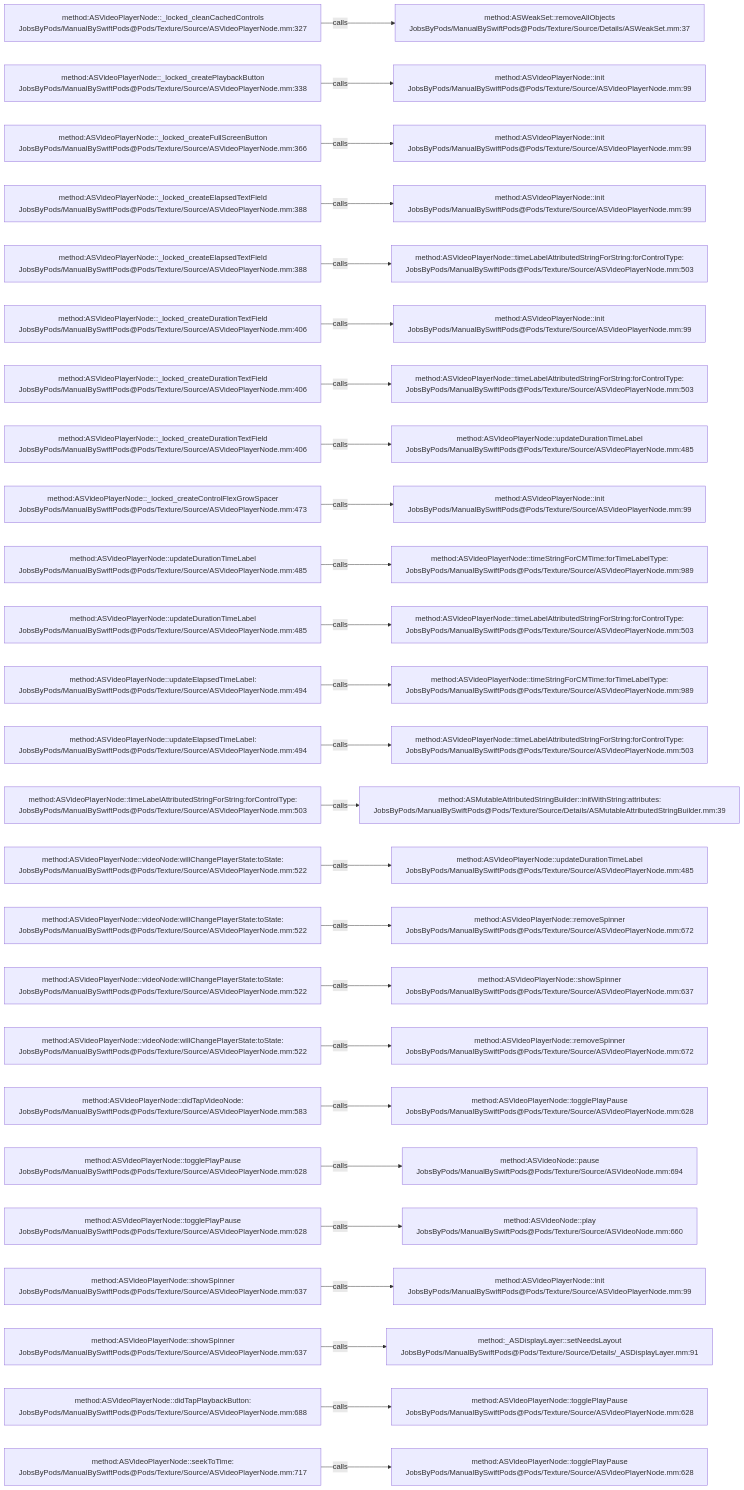
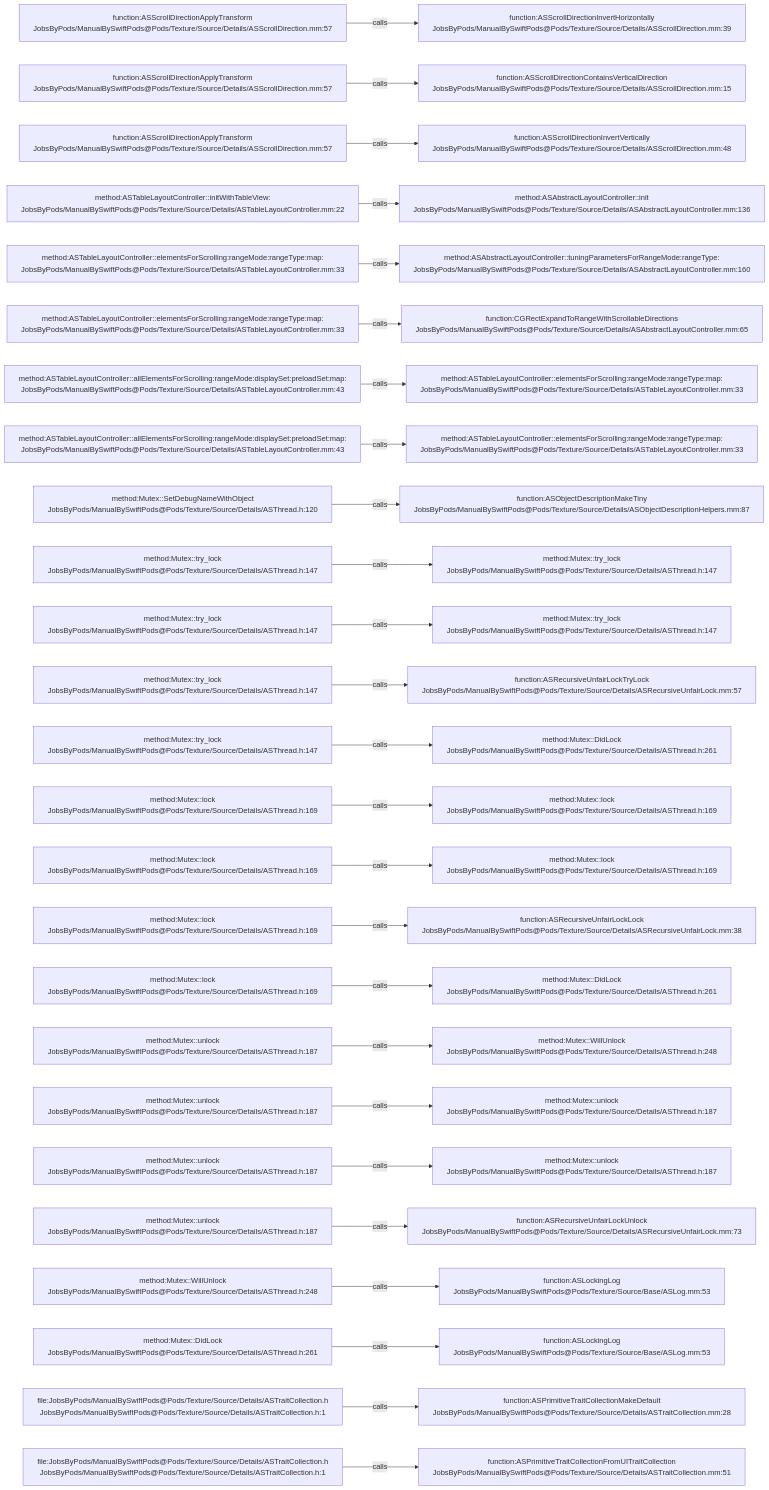
The diagram in .codegraph/codegraph.md/graphs/calls-096.md (JobsKits/JobsSwiftBaseConfigDemo), drawn with Mermaid before and after one commit. The commit also changed 832 other files, not shown here.

````diff
--- a/.codegraph/codegraph.md/graphs/calls-096.md
+++ b/.codegraph/codegraph.md/graphs/calls-096.md
@@ -13,78 +13,78 @@
 ```mermaid
 flowchart LR
-  S1["method:ASVideoPlayerNode::_locked_cleanCachedControls<br/>JobsByPods/ManualBySwiftPods@Pods/Texture/Source/ASVideoPlayerNode.mm:327"]
-  T1["method:ASWeakSet::removeAllObjects<br/>JobsByPods/ManualBySwiftPods@Pods/Texture/Source/Details/ASWeakSet.mm:37"]
+  S1["function:ASScrollDirectionApplyTransform<br/>JobsByPods/ManualBySwiftPods@Pods/Texture/Source/Details/ASScrollDirection.mm:57"]
+  T1["function:ASScrollDirectionInvertHorizontally<br/>JobsByPods/ManualBySwiftPods@Pods/Texture/Source/Details/ASScrollDirection.mm:39"]
   S1 -->|calls| T1
-  S2["method:ASVideoPlayerNode::_locked_createPlaybackButton<br/>JobsByPods/ManualBySwiftPods@Pods/Texture/Source/ASVideoPlayerNode.mm:338"]
-  T2["method:ASVideoPlayerNode::init<br/>JobsByPods/ManualBySwiftPods@Pods/Texture/Source/ASVideoPlayerNode.mm:99"]
+  S2["function:ASScrollDirectionApplyTransform<br/>JobsByPods/ManualBySwiftPods@Pods/Texture/Source/Details/ASScrollDirection.mm:57"]
+  T2["function:ASScrollDirectionContainsVerticalDirection<br/>JobsByPods/ManualBySwiftPods@Pods/Texture/Source/Details/ASScrollDirection.mm:15"]
   S2 -->|calls| T2
-  S3["method:ASVideoPlayerNode::_locked_createFullScreenButton<br/>JobsByPods/ManualBySwiftPods@Pods/Texture/Source/ASVideoPlayerNode.mm:366"]
-  T3["method:ASVideoPlayerNode::init<br/>JobsByPods/ManualBySwiftPods@Pods/Texture/Source/ASVideoPlayerNode.mm:99"]
+  S3["function:ASScrollDirectionApplyTransform<br/>JobsByPods/ManualBySwiftPods@Pods/Texture/Source/Details/ASScrollDirection.mm:57"]
+  T3["function:ASScrollDirectionInvertVertically<br/>JobsByPods/ManualBySwiftPods@Pods/Texture/Source/Details/ASScrollDirection.mm:48"]
   S3 -->|calls| T3
-  S4["method:ASVideoPlayerNode::_locked_createElapsedTextField<br/>JobsByPods/ManualBySwiftPods@Pods/Texture/Source/ASVideoPlayerNode.mm:388"]
-  T4["method:ASVideoPlayerNode::init<br/>JobsByPods/ManualBySwiftPods@Pods/Texture/Source/ASVideoPlayerNode.mm:99"]
+  S4["method:ASTableLayoutController::initWithTableView:<br/>JobsByPods/ManualBySwiftPods@Pods/Texture/Source/Details/ASTableLayoutController.mm:22"]
+  T4["method:ASAbstractLayoutController::init<br/>JobsByPods/ManualBySwiftPods@Pods/Texture/Source/Details/ASAbstractLayoutController.mm:136"]
   S4 -->|calls| T4
-  S5["method:ASVideoPlayerNode::_locked_createElapsedTextField<br/>JobsByPods/ManualBySwiftPods@Pods/Texture/Source/ASVideoPlayerNode.mm:388"]
-  T5["method:ASVideoPlayerNode::timeLabelAttributedStringForString:forControlType:<br/>JobsByPods/ManualBySwiftPods@Pods/Texture/Source/ASVideoPlayerNode.mm:503"]
+  S5["method:ASTableLayoutController::elementsForScrolling:rangeMode:rangeType:map:<br/>JobsByPods/ManualBySwiftPods@Pods/Texture/Source/Details/ASTableLayoutController.mm:33"]
+  T5["method:ASAbstractLayoutController::tuningParametersForRangeMode:rangeType:<br/>JobsByPods/ManualBySwiftPods@Pods/Texture/Source/Details/ASAbstractLayoutController.mm:160"]
   S5 -->|calls| T5
-  S6["method:ASVideoPlayerNode::_locked_createDurationTextField<br/>JobsByPods/ManualBySwiftPods@Pods/Texture/Source/ASVideoPlayerNode.mm:406"]
-  T6["method:ASVideoPlayerNode::init<br/>JobsByPods/ManualBySwiftPods@Pods/Texture/Source/ASVideoPlayerNode.mm:99"]
+  S6["method:ASTableLayoutController::elementsForScrolling:rangeMode:rangeType:map:<br/>JobsByPods/ManualBySwiftPods@Pods/Texture/Source/Details/ASTableLayoutController.mm:33"]
+  T6["function:CGRectExpandToRangeWithScrollableDirections<br/>JobsByPods/ManualBySwiftPods@Pods/Texture/Source/Details/ASAbstractLayoutController.mm:65"]
   S6 -->|calls| T6
-  S7["method:ASVideoPlayerNode::_locked_createDurationTextField<br/>JobsByPods/ManualBySwiftPods@Pods/Texture/Source/ASVideoPlayerNode.mm:406"]
-  T7["method:ASVideoPlayerNode::timeLabelAttributedStringForString:forControlType:<br/>JobsByPods/ManualBySwiftPods@Pods/Texture/Source/ASVideoPlayerNode.mm:503"]
+  S7["method:ASTableLayoutController::allElementsForScrolling:rangeMode:displaySet:preloadSet:map:<br/>JobsByPods/ManualBySwiftPods@Pods/Texture/Source/Details/ASTableLayoutController.mm:43"]
+  T7["method:ASTableLayoutController::elementsForScrolling:rangeMode:rangeType:map:<br/>JobsByPods/ManualBySwiftPods@Pods/Texture/Source/Details/ASTableLayoutController.mm:33"]
   S7 -->|calls| T7
-  S8["method:ASVideoPlayerNode::_locked_createDurationTextField<br/>JobsByPods/ManualBySwiftPods@Pods/Texture/Source/ASVideoPlayerNode.mm:406"]
-  T8["method:ASVideoPlayerNode::updateDurationTimeLabel<br/>JobsByPods/ManualBySwiftPods@Pods/Texture/Source/ASVideoPlayerNode.mm:485"]
+  S8["method:ASTableLayoutController::allElementsForScrolling:rangeMode:displaySet:preloadSet:map:<br/>JobsByPods/ManualBySwiftPods@Pods/Texture/Source/Details/ASTableLayoutController.mm:43"]
+  T8["method:ASTableLayoutController::elementsForScrolling:rangeMode:rangeType:map:<br/>JobsByPods/ManualBySwiftPods@Pods/Texture/Source/Details/ASTableLayoutController.mm:33"]
   S8 -->|calls| T8
-  S9["method:ASVideoPlayerNode::_locked_createControlFlexGrowSpacer<br/>JobsByPods/ManualBySwiftPods@Pods/Texture/Source/ASVideoPlayerNode.mm:473"]
-  T9["method:ASVideoPlayerNode::init<br/>JobsByPods/ManualBySwiftPods@Pods/Texture/Source/ASVideoPlayerNode.mm:99"]
+  S9["method:Mutex::SetDebugNameWithObject<br/>JobsByPods/ManualBySwiftPods@Pods/Texture/Source/Details/ASThread.h:120"]
+  T9["function:ASObjectDescriptionMakeTiny<br/>JobsByPods/ManualBySwiftPods@Pods/Texture/Source/Details/ASObjectDescriptionHelpers.mm:87"]
   S9 -->|calls| T9
-  S10["method:ASVideoPlayerNode::updateDurationTimeLabel<br/>JobsByPods/ManualBySwiftPods@Pods/Texture/Source/ASVideoPlayerNode.mm:485"]
-  T10["method:ASVideoPlayerNode::timeStringForCMTime:forTimeLabelType:<br/>JobsByPods/ManualBySwiftPods@Pods/Texture/Source/ASVideoPlayerNode.mm:989"]
+  S10["method:Mutex::try_lock<br/>JobsByPods/ManualBySwiftPods@Pods/Texture/Source/Details/ASThread.h:147"]
+  T10["method:Mutex::try_lock<br/>JobsByPods/ManualBySwiftPods@Pods/Texture/Source/Details/ASThread.h:147"]
   S10 -->|calls| T10
-  S11["method:ASVideoPlayerNode::updateDurationTimeLabel<br/>JobsByPods/ManualBySwiftPods@Pods/Texture/Source/ASVideoPlayerNode.mm:485"]
-  T11["method:ASVideoPlayerNode::timeLabelAttributedStringForString:forControlType:<br/>JobsByPods/ManualBySwiftPods@Pods/Texture/Source/ASVideoPlayerNode.mm:503"]
+  S11["method:Mutex::try_lock<br/>JobsByPods/ManualBySwiftPods@Pods/Texture/Source/Details/ASThread.h:147"]
+  T11["method:Mutex::try_lock<br/>JobsByPods/ManualBySwiftPods@Pods/Texture/Source/Details/ASThread.h:147"]
   S11 -->|calls| T11
-  S12["method:ASVideoPlayerNode::updateElapsedTimeLabel:<br/>JobsByPods/ManualBySwiftPods@Pods/Texture/Source/ASVideoPlayerNode.mm:494"]
-  T12["method:ASVideoPlayerNode::timeStringForCMTime:forTimeLabelType:<br/>JobsByPods/ManualBySwiftPods@Pods/Texture/Source/ASVideoPlayerNode.mm:989"]
+  S12["method:Mutex::try_lock<br/>JobsByPods/ManualBySwiftPods@Pods/Texture/Source/Details/ASThread.h:147"]
+  T12["function:ASRecursiveUnfairLockTryLock<br/>JobsByPods/ManualBySwiftPods@Pods/Texture/Source/Details/ASRecursiveUnfairLock.mm:57"]
   S12 -->|calls| T12
-  S13["method:ASVideoPlayerNode::updateElapsedTimeLabel:<br/>JobsByPods/ManualBySwiftPods@Pods/Texture/Source/ASVideoPlayerNode.mm:494"]
-  T13["method:ASVideoPlayerNode::timeLabelAttributedStringForString:forControlType:<br/>JobsByPods/ManualBySwiftPods@Pods/Texture/Source/ASVideoPlayerNode.mm:503"]
+  S13["method:Mutex::try_lock<br/>JobsByPods/ManualBySwiftPods@Pods/Texture/Source/Details/ASThread.h:147"]
+  T13["method:Mutex::DidLock<br/>JobsByPods/ManualBySwiftPods@Pods/Texture/Source/Details/ASThread.h:261"]
   S13 -->|calls| T13
-  S14["method:ASVideoPlayerNode::timeLabelAttributedStringForString:forControlType:<br/>JobsByPods/ManualBySwiftPods@Pods/Texture/Source/ASVideoPlayerNode.mm:503"]
-  T14["method:ASMutableAttributedStringBuilder::initWithString:attributes:<br/>JobsByPods/ManualBySwiftPods@Pods/Texture/Source/Details/ASMutableAttributedStringBuilder.mm:39"]
+  S14["method:Mutex::lock<br/>JobsByPods/ManualBySwiftPods@Pods/Texture/Source/Details/ASThread.h:169"]
+  T14["method:Mutex::lock<br/>JobsByPods/ManualBySwiftPods@Pods/Texture/Source/Details/ASThread.h:169"]
   S14 -->|calls| T14
-  S15["method:ASVideoPlayerNode::videoNode:willChangePlayerState:toState:<br/>JobsByPods/ManualBySwiftPods@Pods/Texture/Source/ASVideoPlayerNode.mm:522"]
-  T15["method:ASVideoPlayerNode::updateDurationTimeLabel<br/>JobsByPods/ManualBySwiftPods@Pods/Texture/Source/ASVideoPlayerNode.mm:485"]
+  S15["method:Mutex::lock<br/>JobsByPods/ManualBySwiftPods@Pods/Texture/Source/Details/ASThread.h:169"]
+  T15["method:Mutex::lock<br/>JobsByPods/ManualBySwiftPods@Pods/Texture/Source/Details/ASThread.h:169"]
   S15 -->|calls| T15
-  S16["method:ASVideoPlayerNode::videoNode:willChangePlayerState:toState:<br/>JobsByPods/ManualBySwiftPods@Pods/Texture/Source/ASVideoPlayerNode.mm:522"]
-  T16["method:ASVideoPlayerNode::removeSpinner<br/>JobsByPods/ManualBySwiftPods@Pods/Texture/Source/ASVideoPlayerNode.mm:672"]
+  S16["method:Mutex::lock<br/>JobsByPods/ManualBySwiftPods@Pods/Texture/Source/Details/ASThread.h:169"]
+  T16["function:ASRecursiveUnfairLockLock<br/>JobsByPods/ManualBySwiftPods@Pods/Texture/Source/Details/ASRecursiveUnfairLock.mm:38"]
   S16 -->|calls| T16
-  S17["method:ASVideoPlayerNode::videoNode:willChangePlayerState:toState:<br/>JobsByPods/ManualBySwiftPods@Pods/Texture/Source/ASVideoPlayerNode.mm:522"]
-  T17["method:ASVideoPlayerNode::showSpinner<br/>JobsByPods/ManualBySwiftPods@Pods/Texture/Source/ASVideoPlayerNode.mm:637"]
+  S17["method:Mutex::lock<br/>JobsByPods/ManualBySwiftPods@Pods/Texture/Source/Details/ASThread.h:169"]
+  T17["method:Mutex::DidLock<br/>JobsByPods/ManualBySwiftPods@Pods/Texture/Source/Details/ASThread.h:261"]
   S17 -->|calls| T17
-  S18["method:ASVideoPlayerNode::videoNode:willChangePlayerState:toState:<br/>JobsByPods/ManualBySwiftPods@Pods/Texture/Source/ASVideoPlayerNode.mm:522"]
-  T18["method:ASVideoPlayerNode::removeSpinner<br/>JobsByPods/ManualBySwiftPods@Pods/Texture/Source/ASVideoPlayerNode.mm:672"]
+  S18["method:Mutex::unlock<br/>JobsByPods/ManualBySwiftPods@Pods/Texture/Source/Details/ASThread.h:187"]
+  T18["method:Mutex::WillUnlock<br/>JobsByPods/ManualBySwiftPods@Pods/Texture/Source/Details/ASThread.h:248"]
   S18 -->|calls| T18
-  S19["method:ASVideoPlayerNode::didTapVideoNode:<br/>JobsByPods/ManualBySwiftPods@Pods/Texture/Source/ASVideoPlayerNode.mm:583"]
-  T19["method:ASVideoPlayerNode::togglePlayPause<br/>JobsByPods/ManualBySwiftPods@Pods/Texture/Source/ASVideoPlayerNode.mm:628"]
+  S19["method:Mutex::unlock<br/>JobsByPods/ManualBySwiftPods@Pods/Texture/Source/Details/ASThread.h:187"]
+  T19["method:Mutex::unlock<br/>JobsByPods/ManualBySwiftPods@Pods/Texture/Source/Details/ASThread.h:187"]
   S19 -->|calls| T19
-  S20["method:ASVideoPlayerNode::togglePlayPause<br/>JobsByPods/ManualBySwiftPods@Pods/Texture/Source/ASVideoPlayerNode.mm:628"]
-  T20["method:ASVideoNode::pause<br/>JobsByPods/ManualBySwiftPods@Pods/Texture/Source/ASVideoNode.mm:694"]
+  S20["method:Mutex::unlock<br/>JobsByPods/ManualBySwiftPods@Pods/Texture/Source/Details/ASThread.h:187"]
+  T20["method:Mutex::unlock<br/>JobsByPods/ManualBySwiftPods@Pods/Texture/Source/Details/ASThread.h:187"]
   S20 -->|calls| T20
-  S21["method:ASVideoPlayerNode::togglePlayPause<br/>JobsByPods/ManualBySwiftPods@Pods/Texture/Source/ASVideoPlayerNode.mm:628"]
-  T21["method:ASVideoNode::play<br/>JobsByPods/ManualBySwiftPods@Pods/Texture/Source/ASVideoNode.mm:660"]
+  S21["method:Mutex::unlock<br/>JobsByPods/ManualBySwiftPods@Pods/Texture/Source/Details/ASThread.h:187"]
+  T21["function:ASRecursiveUnfairLockUnlock<br/>JobsByPods/ManualBySwiftPods@Pods/Texture/Source/Details/ASRecursiveUnfairLock.mm:73"]
   S21 -->|calls| T21
-  S22["method:ASVideoPlayerNode::showSpinner<br/>JobsByPods/ManualBySwiftPods@Pods/Texture/Source/ASVideoPlayerNode.mm:637"]
-  T22["method:ASVideoPlayerNode::init<br/>JobsByPods/ManualBySwiftPods@Pods/Texture/Source/ASVideoPlayerNode.mm:99"]
+  S22["method:Mutex::WillUnlock<br/>JobsByPods/ManualBySwiftPods@Pods/Texture/Source/Details/ASThread.h:248"]
+  T22["function:ASLockingLog<br/>JobsByPods/ManualBySwiftPods@Pods/Texture/Source/Base/ASLog.mm:53"]
   S22 -->|calls| T22
-  S23["method:ASVideoPlayerNode::showSpinner<br/>JobsByPods/ManualBySwiftPods@Pods/Texture/Source/ASVideoPlayerNode.mm:637"]
-  T23["method:_ASDisplayLayer::setNeedsLayout<br/>JobsByPods/ManualBySwiftPods@Pods/Texture/Source/Details/_ASDisplayLayer.mm:91"]
+  S23["method:Mutex::DidLock<br/>JobsByPods/ManualBySwiftPods@Pods/Texture/Source/Details/ASThread.h:261"]
+  T23["function:ASLockingLog<br/>JobsByPods/ManualBySwiftPods@Pods/Texture/Source/Base/ASLog.mm:53"]
   S23 -->|calls| T23
-  S24["method:ASVideoPlayerNode::didTapPlaybackButton:<br/>JobsByPods/ManualBySwiftPods@Pods/Texture/Source/ASVideoPlayerNode.mm:688"]
-  T24["method:ASVideoPlayerNode::togglePlayPause<br/>JobsByPods/ManualBySwiftPods@Pods/Texture/Source/ASVideoPlayerNode.mm:628"]
+  S24["file:JobsByPods/ManualBySwiftPods@Pods/Texture/Source/Details/ASTraitCollection.h<br/>JobsByPods/ManualBySwiftPods@Pods/Texture/Source/Details/ASTraitCollection.h:1"]
+  T24["function:ASPrimitiveTraitCollectionMakeDefault<br/>JobsByPods/ManualBySwiftPods@Pods/Texture/Source/Details/ASTraitCollection.mm:28"]
   S24 -->|calls| T24
-  S25["method:ASVideoPlayerNode::seekToTime:<br/>JobsByPods/ManualBySwiftPods@Pods/Texture/Source/ASVideoPlayerNode.mm:717"]
-  T25["method:ASVideoPlayerNode::togglePlayPause<br/>JobsByPods/ManualBySwiftPods@Pods/Texture/Source/ASVideoPlayerNode.mm:628"]
+  S25["file:JobsByPods/ManualBySwiftPods@Pods/Texture/Source/Details/ASTraitCollection.h<br/>JobsByPods/ManualBySwiftPods@Pods/Texture/Source/Details/ASTraitCollection.h:1"]
+  T25["function:ASPrimitiveTraitCollectionFromUITraitCollection<br/>JobsByPods/ManualBySwiftPods@Pods/Texture/Source/Details/ASTraitCollection.mm:51"]
   S25 -->|calls| T25
 ```
````
